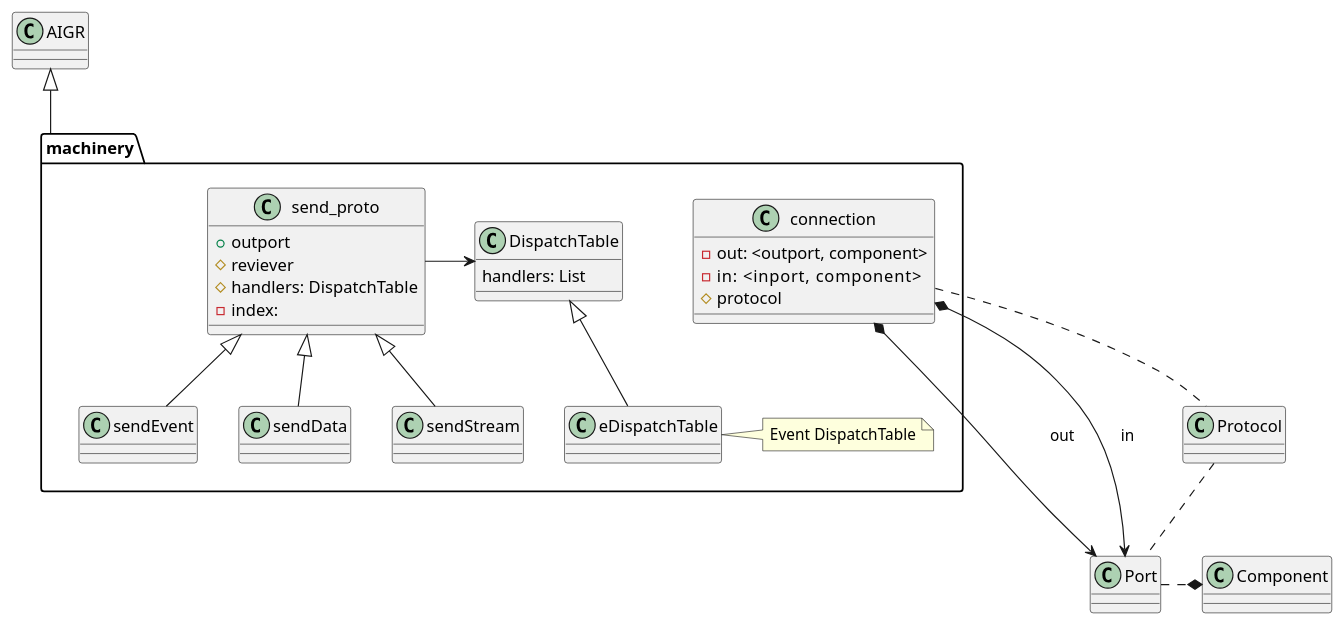
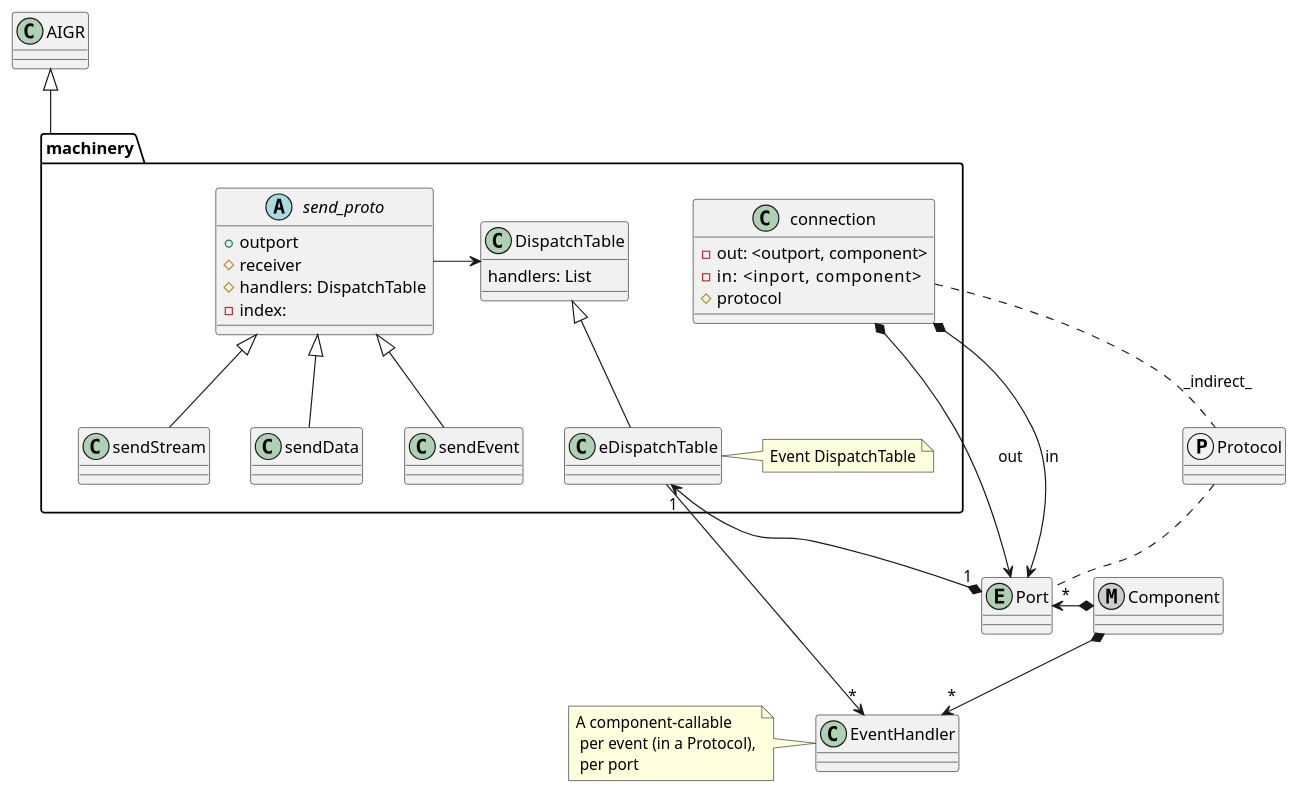
Before and after one commit to AlbertMietus/DocIdeas.hg: the diagram in CCastle/DocParts/Design/50.notes/240408-aigr-machinery.rst, drawn with PlantUML. The commit also changed 1 other file, not shown here.

Commit message:
aigr-nodes for machinery .. update

```diff
--- a/CCastle/DocParts/Design/50.notes/240408-aigr-machinery.rst
+++ b/CCastle/DocParts/Design/50.notes/240408-aigr-machinery.rst
@@ -5,46 +3,52 @@
 .. uml::
 
-    @startuml
+   @startuml
 
-    class AIGR
+   class AIGR
 
-    package machinery {
+   package machinery {
 
-    class DispatchTable {
-      handlers: List
-    }
-    DispatchTable <|-- eDispatchTable
-    note right: Event DispatchTable
+   class DispatchTable {
+     handlers: List
+   }
+   DispatchTable <|-- eDispatchTable
+   note right: Event DispatchTable
 
-    class send_proto {
-      +outport
-      #reviever
-      #handlers: DispatchTable
-      -index:
-    }
-    send_proto  <|-- sendEvent
-    send_proto  <|-- sendData
-    send_proto  <|-- sendStream
+   abstract send_proto {
+     + outport
+     # receiver
+     # handlers: DispatchTable
+     - index:
+   }
+   send_proto  <|-- sendStream
+   send_proto  <|-- sendData
+   send_proto  <|-- sendEvent
 
-    send_proto -> DispatchTable
+   send_proto -> DispatchTable
 
-    class connection {
-      - out: <outport, component>
-      - in:    <inport,  component>
-      # protocol
-    }
+   class connection {
+     - out: <outport, component>
+     - in:    <inport,  component>
+     # protocol
+   }
 
-    }
-    AIGR <|--machinery
+   }
+   AIGR <|--machinery
 
-    class Port
-    class Protocol
-    class Component
+   class EventHandler
+   note left: A component-callable\n per event (in a Protocol),\n per port
+   Entity Port
+   protocol Protocol
+   metaclass Component
 
-    connection  *-> Port: out
-    connection  *-> Port: in
-    connection  ..  Protocol
-    Protocol .. Port
-    Port .* Component
+   connection  *->  Port: out
+   connection  *->  Port: in
+   connection  ..   Protocol : _indirect_
+   Protocol    ..   Port
+   Port "*" <-* Component
 
-    @enduml
+   eDispatchTable      ->    "*"  EventHandler
+   eDispatchTable  "1" <-*   "1"  Port
+   Component           *-->  "*" EventHandler
+
+   @enduml
```
